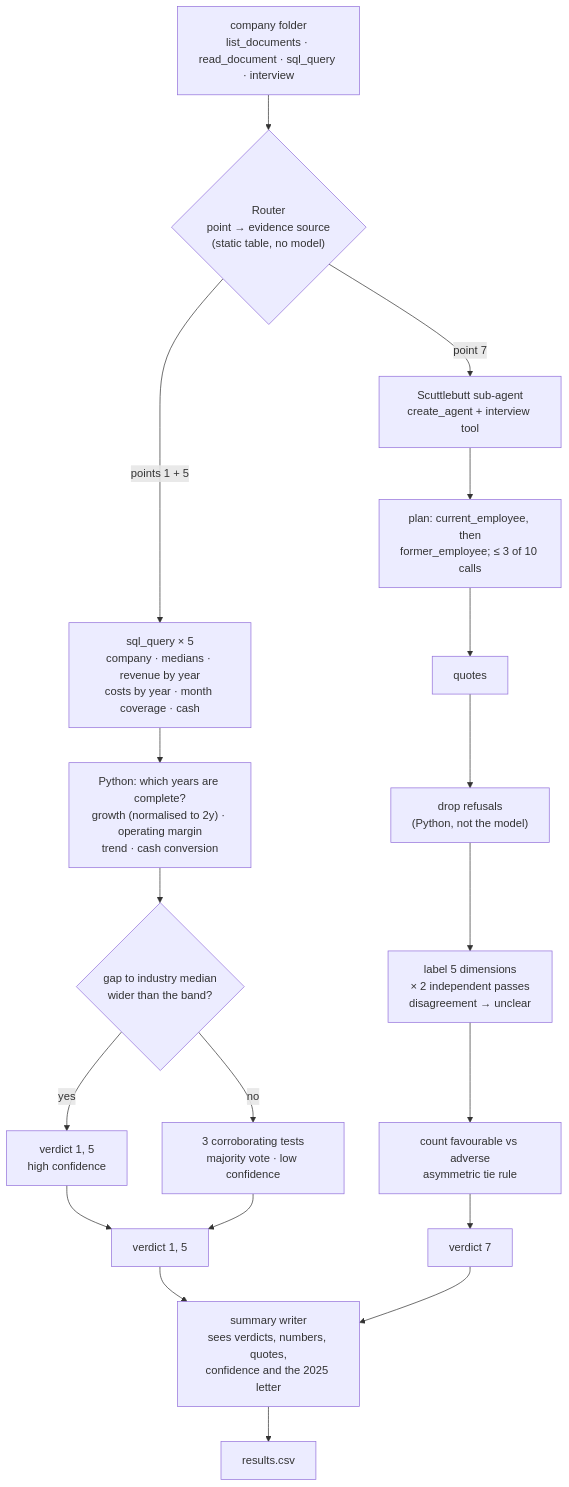
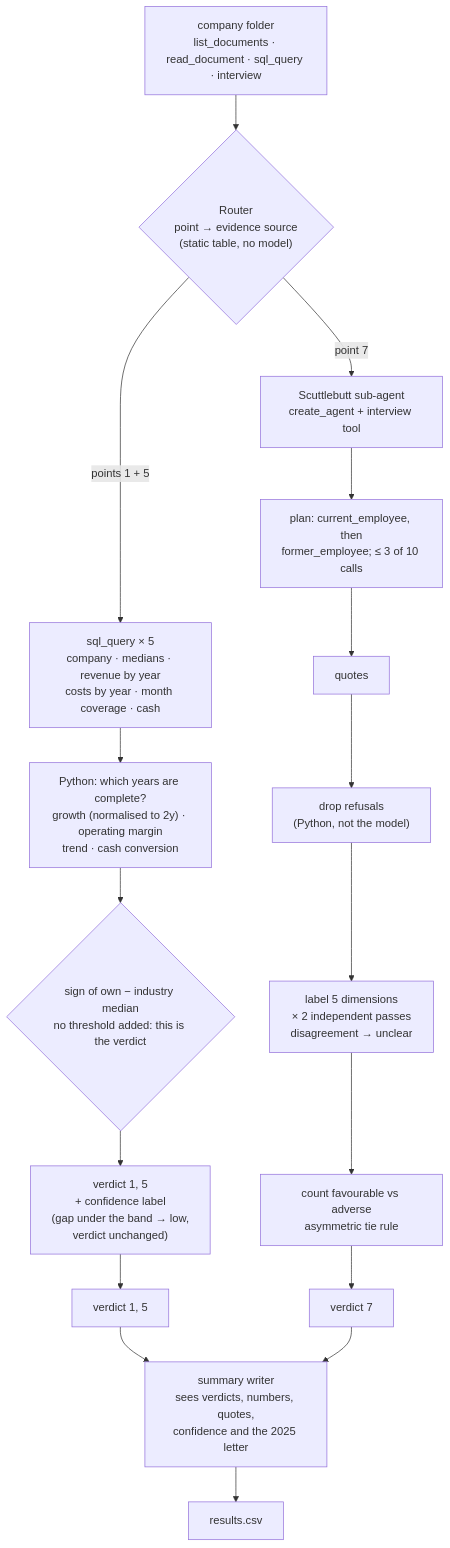
The diagram in README.md (liuxingyi305/FTEC5660-HW3), drawn with Mermaid before and after one commit. The commit also changed other lines of this file, not shown here.

Commit message:
Fix the design diagram to match the shipped rule, and record the clean-clone run

````diff
--- a/README.md
+++ b/README.md
@@ -247,21 +247,19 @@
 ```mermaid
 flowchart TD
     A["company folder<br/>list_documents · read_document · sql_query · interview"] --> B{"Router<br/>point → evidence source<br/>(static table, no model)"}
     B -->|"points 1 + 5"| C["sql_query × 5<br/>company · medians · revenue by year<br/>costs by year · month coverage · cash"]
     C --> D["Python: which years are complete?<br/>growth (normalised to 2y) · operating margin<br/>trend · cash conversion"]
-    D --> E{"gap to industry median<br/>wider than the band?"}
-    E -->|"yes"| F["verdict 1, 5<br/>high confidence"]
-    E -->|"no"| G["3 corroborating tests<br/>majority vote · low confidence"]
+    D --> E{"sign of own − industry median<br/>no threshold added: this is the verdict"}
+    E --> F["verdict 1, 5<br/>+ confidence label<br/>(gap under the band → low,<br/>verdict unchanged)"]
     F --> H["verdict 1, 5"]
-    G --> H
     B -->|"point 7"| I["Scuttlebutt sub-agent<br/>create_agent + interview tool"]
     I --> J["plan: current_employee, then<br/>former_employee; ≤ 3 of 10 calls"]
     J --> K["quotes"]
     K --> L["drop refusals<br/>(Python, not the model)"]
     L --> M["label 5 dimensions<br/>× 2 independent passes<br/>disagreement → unclear"]
     M --> N["count favourable vs adverse<br/>asymmetric tie rule"]
     N --> O["verdict 7"]
     H --> P["summary writer<br/>sees verdicts, numbers, quotes,<br/>confidence and the 2025 letter"]
     O --> P
     P --> Q["results.csv"]
 ```
````
